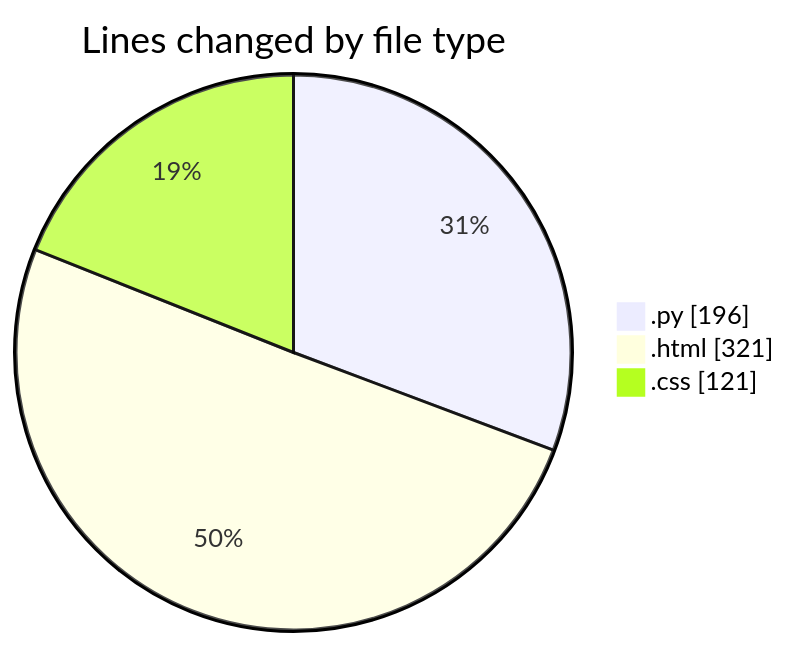
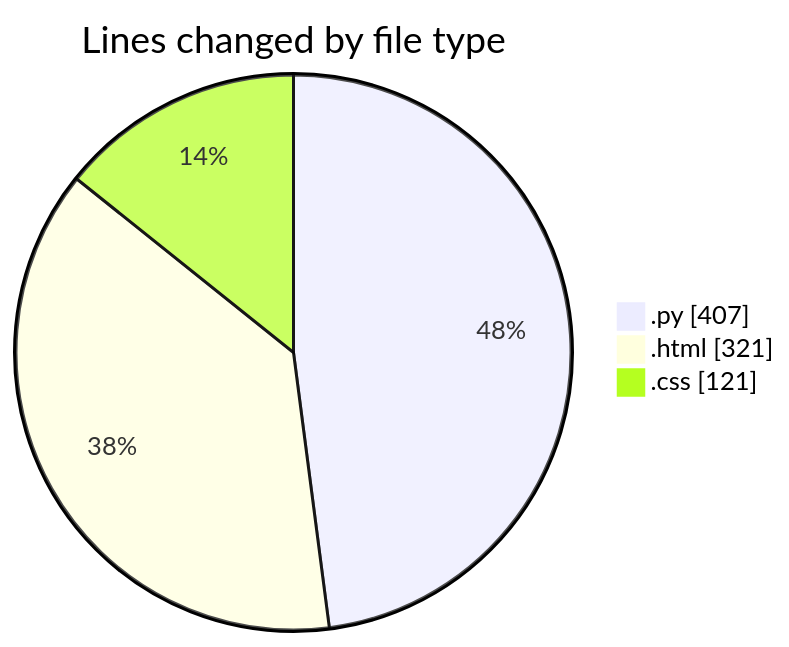
One commit to Elitesun/code-tracking changed the first of 2 diagrams in 2025-01-31/flask/README.md. Above: the diagram before and after it, drawn with Mermaid. The commit also changed other lines of this file and 1 other file, not shown here.

````diff
--- a/2025-01-31/flask/README.md
+++ b/2025-01-31/flask/README.md
@@ -25,7 +25,7 @@
 ```mermaid
 pie showData
 title Lines changed by file type
-".py" : 196
+".py" : 407
 ".html" : 321
 ".css" : 121
 ```
````
